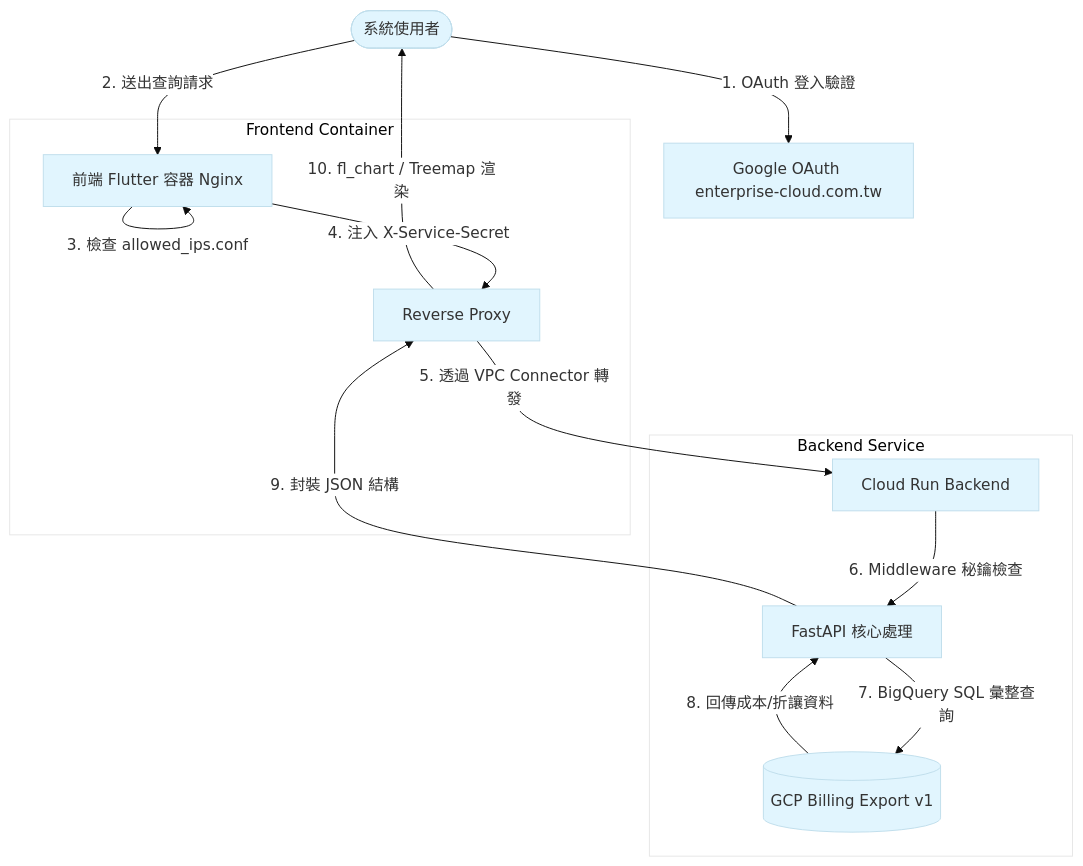
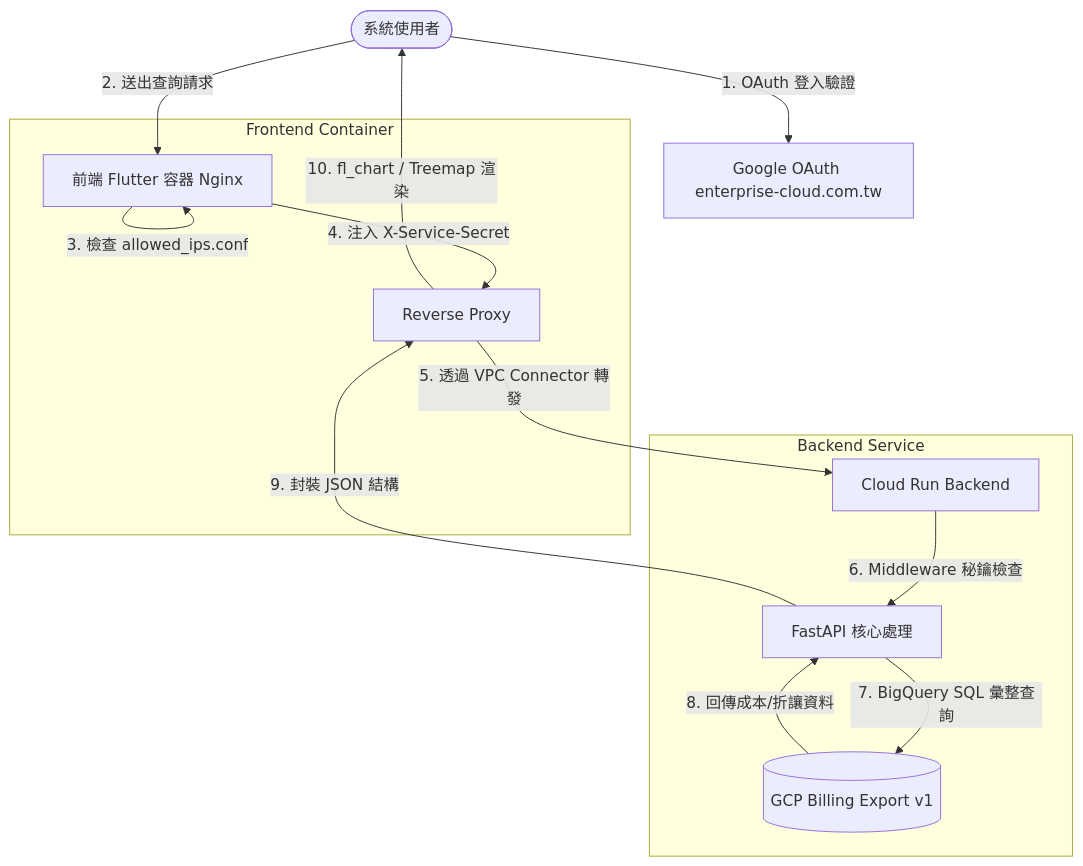
Before and after one commit to LinkGitData/hugo: the diagram in link-blog/content/posts/build-gcp-billing-dashboard.md, drawn with Mermaid. The commit also changed 2 other files, not shown here.

Commit message:
style: wrap mermaid diagram in a white container for consistent rendering

```diff
--- a/link-blog/content/posts/build-gcp-billing-dashboard.md
+++ b/link-blog/content/posts/build-gcp-billing-dashboard.md
@@ -48,18 +48,17 @@
 {{< mermaid >}}
-%%{init: {'theme': 'base', 'themeVariables': { 'primaryColor': '#e1f5fe', 'edgeLabelBackground':'#ffffff', 'tertiaryColor': '#fff'}}}%%
 graph TD
     User([系統使用者]) -->|1. OAuth 登入驗證| Auth[Google OAuth enterprise-cloud.com.tw]
     User -->|2. 送出查詢請求| Nginx[前端 Flutter 容器 Nginx]
     subgraph Frontend Container
         Nginx -->|3. 檢查 allowed_ips.conf| Nginx
         Nginx -->|4. 注入 X-Service-Secret| Proxy[Reverse Proxy]
     end
     Proxy -->|5. 透過 VPC Connector 轉發| Backend[Cloud Run Backend]
     subgraph Backend Service
         Backend -->|6. Middleware 秘鑰檢查| FastAPI[FastAPI 核心處理]
         FastAPI -->|7. BigQuery SQL 彙整查詢| BQ[(GCP Billing Export v1)]
     end
     BQ -->|8. 回傳成本/折讓資料| FastAPI
     FastAPI -->|9. 封裝 JSON 結構| Proxy
     Proxy -->|10. fl_chart / Treemap 渲染| User
 {{< /mermaid >}}
```
